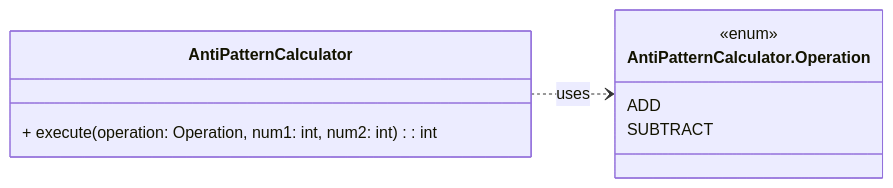
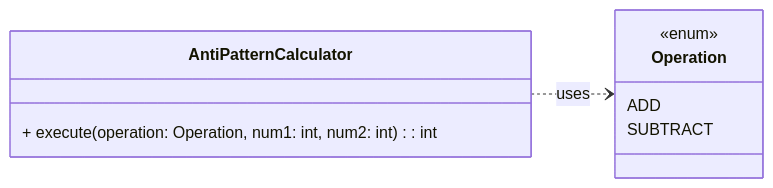
Before and after one commit to DaviSFS21/bertoti: the diagram in padroes/strategy/antipattern/README.md, drawn with Mermaid. The commit also changed 2 other files, not shown here.

Commit message:
feat: add composite antipattern and remove some comments

````diff
--- a/padroes/strategy/antipattern/README.md
+++ b/padroes/strategy/antipattern/README.md
@@ -3,21 +3,16 @@
 ```mermaid
 classDiagram
     direction LR
 
-    %% Enum Definition (often nested or closely associated with the class)
-    class AntiPatternCalculator.Operation {
+    class Operation {
         <<enum>>
         ADD
         SUBTRACT
     }
 
-    %% The God Object Class
     class AntiPatternCalculator {
         + execute(operation: Operation, num1: int, num2: int): int
     }
-
-    %% Relationship (Implicit usage, not a formal UML association for this simple case)
-    %% The AntiPatternCalculator implicitly "uses" or "depends on" its own Operation enum.
-    %% We can show this as a dependency or simply implied by the method signature.
-    AntiPatternCalculator ..> AntiPatternCalculator.Operation : uses
+    
+    AntiPatternCalculator ..> Operation : uses
 ```
````
